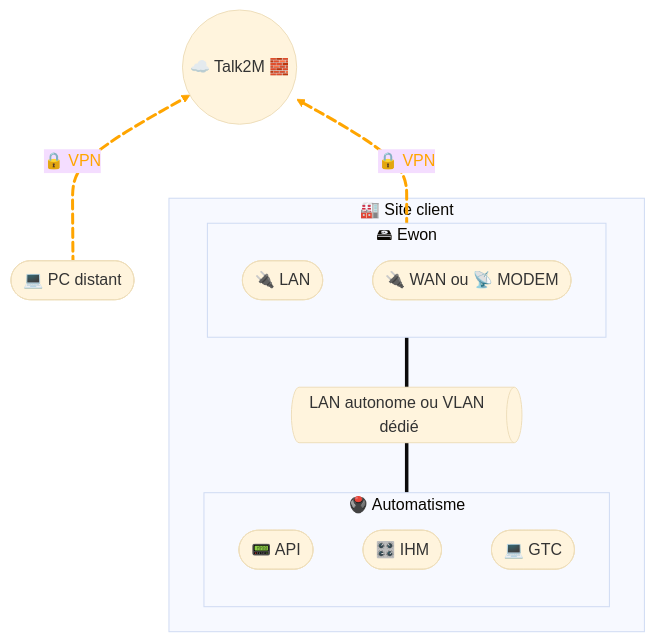
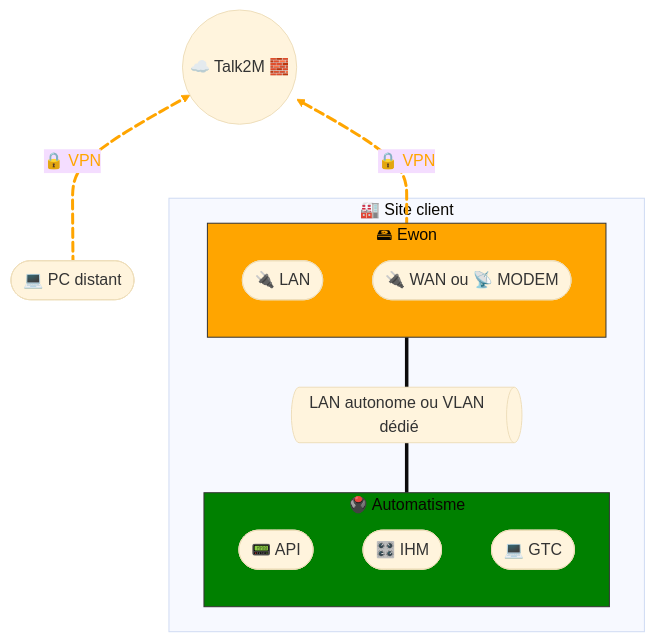
The diagram in docs/remote-access/remote-access-ewon.md (JohannPx/network-architectures), drawn with Mermaid (base theme) before and after one commit. The commit also changed other lines of this file and 1 other file, not shown here.

Commit message:
update publish worflow and ewon mermaid

````diff
--- a/docs/remote-access/remote-access-ewon.md
+++ b/docs/remote-access/remote-access-ewon.md
@@ -5,35 +13,41 @@
 ```mermaid
 flowchart BT
 
     remote([💻 PC distant])
 
     subgraph site [🏭 Site client]
         subgraph automation [🖲️ Automatisme]
             plc([📟 API])
             hmi([🎛️ IHM])
             gtc([💻 GTC])
         end
 
         vlan@{ shape: das, label: "LAN autonome ou VLAN dédié" }
         
         subgraph ewon [🖴 Ewon]
             ewonLan([🔌 LAN])
             ewonWan([🔌 WAN ou 📡 MODEM])
         end
     end
 
     talk2m((☁️ Talk2M 🧱))
 
     remote e2@== 🔒 VPN ==> talk2m
     e2@{ animation: fast }
 
     ewon e1@== 🔒 VPN ==> talk2m
     e1@{ animation: fast }
 
 
     automation === vlan
     vlan === ewon
     
     linkStyle 0 stroke:orange,stroke-width:3px,color:orange;
     linkStyle 1 stroke:orange,stroke-width:3px,color:orange;
+
+    style ewon fill:orange,stroke:#333,stroke-width:1px
+    style automation fill:green,stroke:#333,stroke-width:1px
+
+    class automation rightTitle
+    class ewon rightTitle
 ```
````
